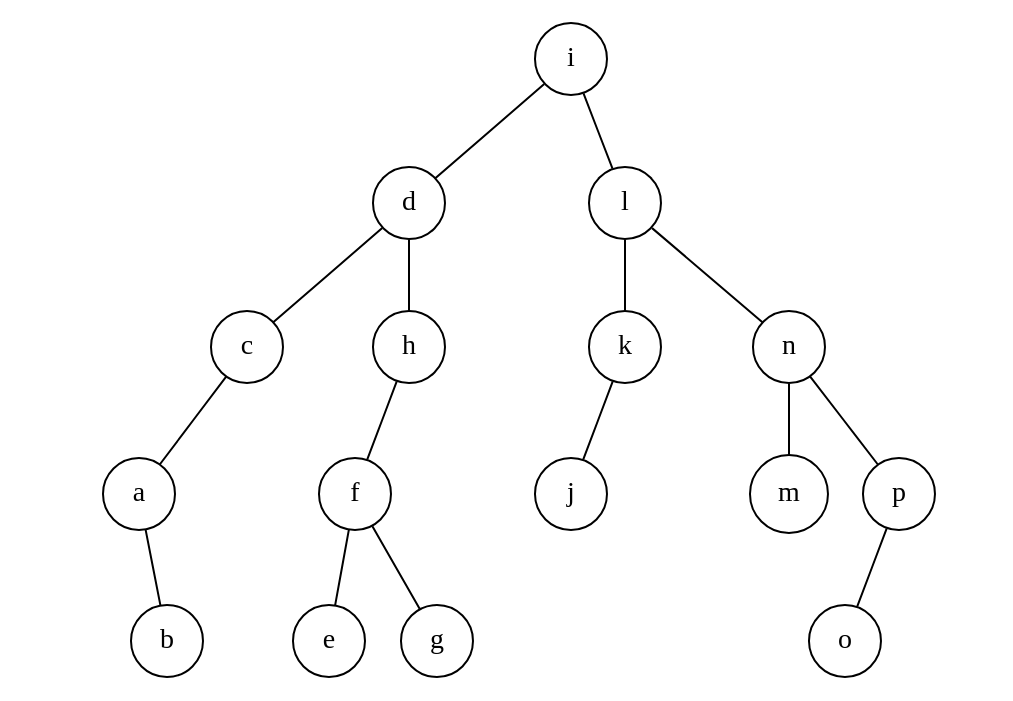
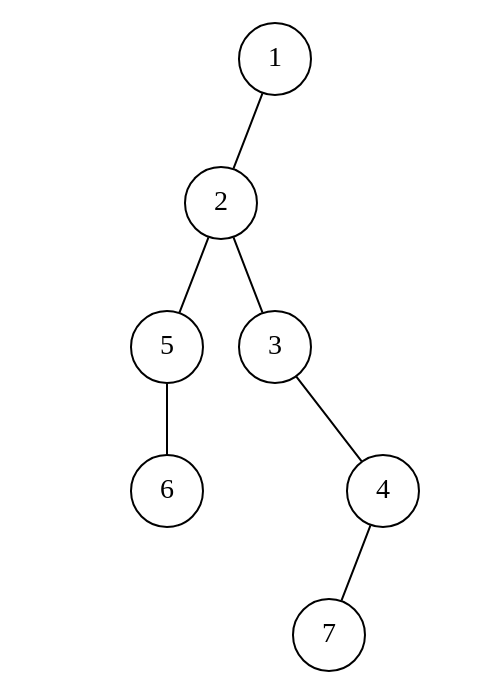
Before and after one commit to Time-Coder/Data_Structure: the diagram in Tree/BinTree/Figures/bintree.dot, drawn with Graphviz. The commit also changed 82 other files, not shown here.

```diff
--- a/Tree/BinTree/Figures/bintree.dot
+++ b/Tree/BinTree/Figures/bintree.dot
@@ -1,47 +1,27 @@
 graph BinTree
 {
 	graph[ordering="out"];
 
 	0--1;
-	0--2;
-	2--3;
-	2--4;
-	4--5;
+	0--NULL2[style="invis"];
+	1--3;
+	1--4;
+	4--NULL5[style="invis"];
 	4--6;
 	6--7;
 	6--NULL8[style="invis"];
-	3--9;
-	3--NULL10[style="invis"];
-	1--11;
-	1--12;
-	12--13;
-	12--NULL14[style="invis"];
-	13--15;
-	13--16;
-	11--17;
-	11--NULL18[style="invis"];
-	17--NULL19[style="invis"];
-	17--20;
+	3--NULL9[style="invis"];
+	3--10;
 
-	20[shape="circle",label="b"];
-	NULL19[shape="circle",label=A,style="invis"];
-	NULL18[shape="circle",label=A,style="invis"];
-	17[shape="circle",label="a"];
-	16[shape="circle",label="g"];
-	15[shape="circle",label="e"];
-	NULL14[shape="circle",label=A,style="invis"];
-	13[shape="circle",label="f"];
-	12[shape="circle",label="h"];
-	11[shape="circle",label="c"];
-	NULL10[shape="circle",label=A,style="invis"];
-	9[shape="circle",label="j"];
-	NULL8[shape="circle",label=A,style="invis"];
-	7[shape="circle",label="o"];
-	6[shape="circle",label="p"];
-	5[shape="circle",label="m"];
-	4[shape="circle",label="n"];
-	3[shape="circle",label="k"];
-	2[shape="circle",label="l"];
-	1[shape="circle",label="d"];
-	0[shape="circle",label="i"];
+	10[shape="circle",label="6"];
+	NULL9[shape="circle",label="A",style="invis"];
+	NULL8[shape="circle",label="A",style="invis"];
+	7[shape="circle",label="7"];
+	6[shape="circle",label="4"];
+	NULL5[shape="circle",label="A",style="invis"];
+	4[shape="circle",label="3"];
+	3[shape="circle",label="5"];
+	NULL2[shape="circle",label="A",style="invis"];
+	1[shape="circle",label="2"];
+	0[shape="circle",label="1"];
 }
```
